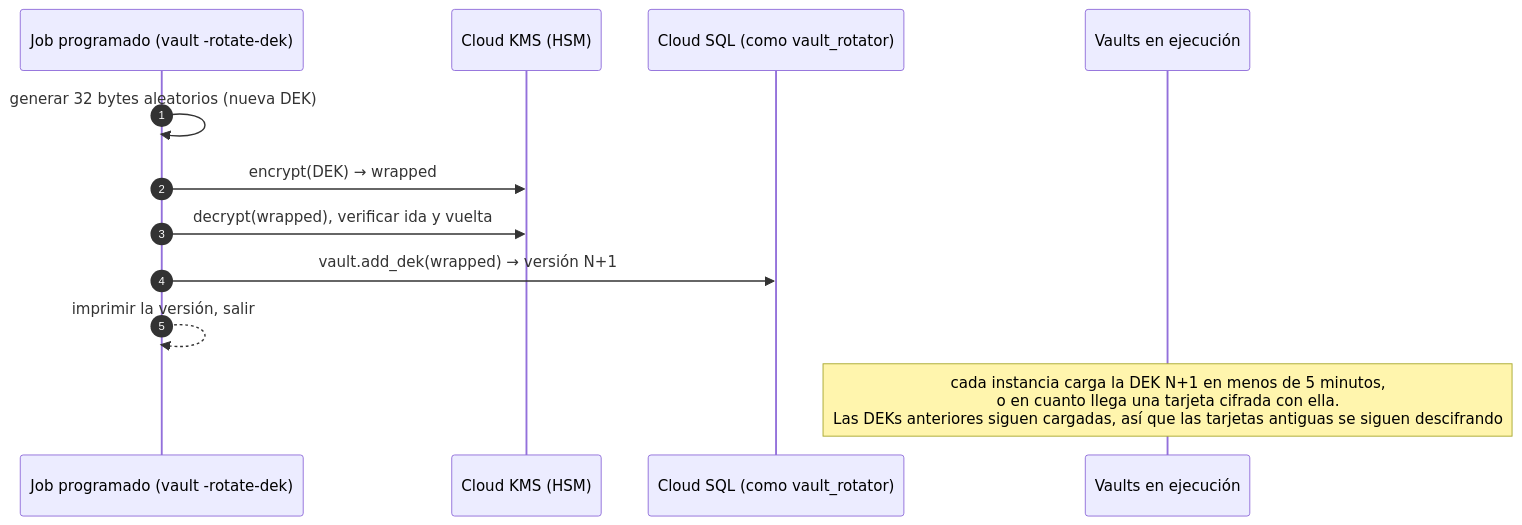
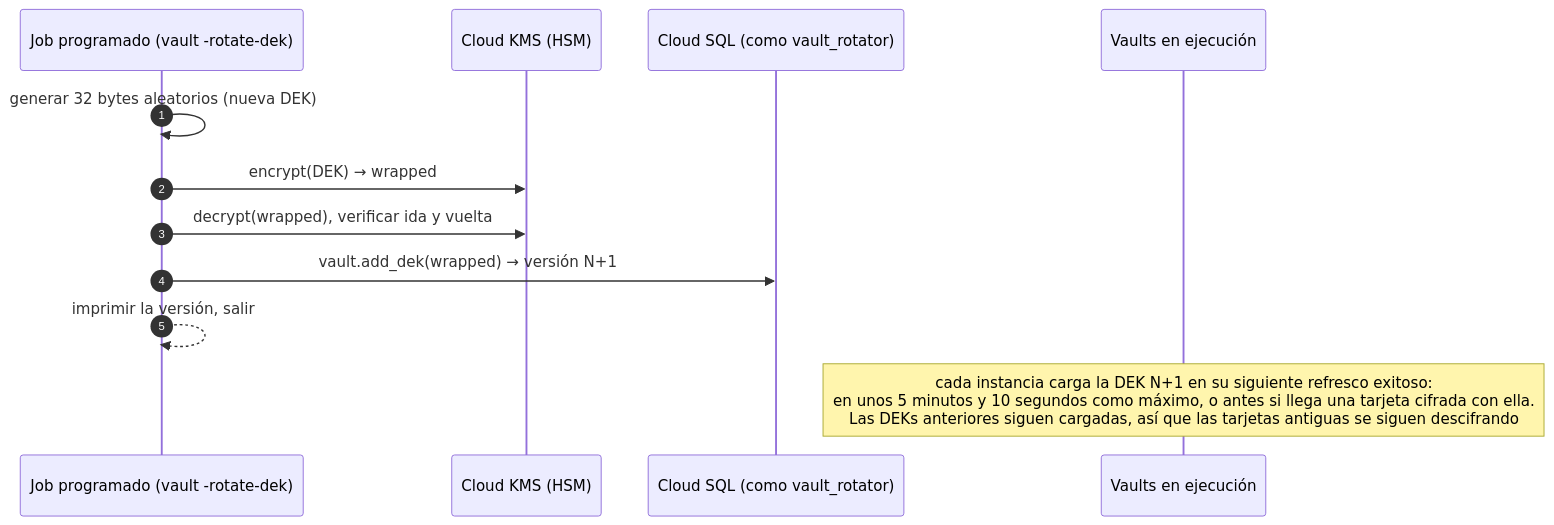
One commit to camcima/tokenizer changed diagram 11 of 11 in README.es.md. Above: the diagram before and after it, drawn with Mermaid. The commit also changed other lines of this file and 30 other files, not shown here.

````diff
--- a/README.es.md
+++ b/README.es.md
@@ -681,15 +683,15 @@
 ```mermaid
 sequenceDiagram
     autonumber
     participant J as Job programado (vault -rotate-dek)
     participant KMS as Cloud KMS (HSM)
     participant DB as Cloud SQL (como vault_rotator)
     participant V as Vaults en ejecución
 
     J->>J: generar 32 bytes aleatorios (nueva DEK)
     J->>KMS: encrypt(DEK) → wrapped
     J->>KMS: decrypt(wrapped), verificar ida y vuelta
     J->>DB: vault.add_dek(wrapped) → versión N+1
     J-->>J: imprimir la versión, salir
-    Note over V: cada instancia carga la DEK N+1 en menos de 5 minutos,<br/>o en cuanto llega una tarjeta cifrada con ella.<br/>Las DEKs anteriores siguen cargadas, así que las tarjetas antiguas se siguen descifrando
+    Note over V: cada instancia carga la DEK N+1 en su siguiente refresco exitoso:<br/>en unos 5 minutos y 10 segundos como máximo, o antes si llega una tarjeta cifrada con ella.<br/>Las DEKs anteriores siguen cargadas, así que las tarjetas antiguas se siguen descifrando
 ```
````
